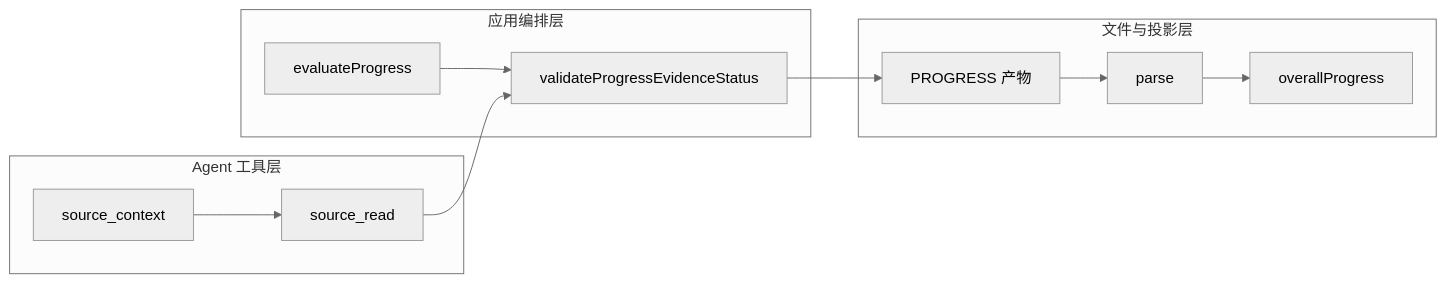
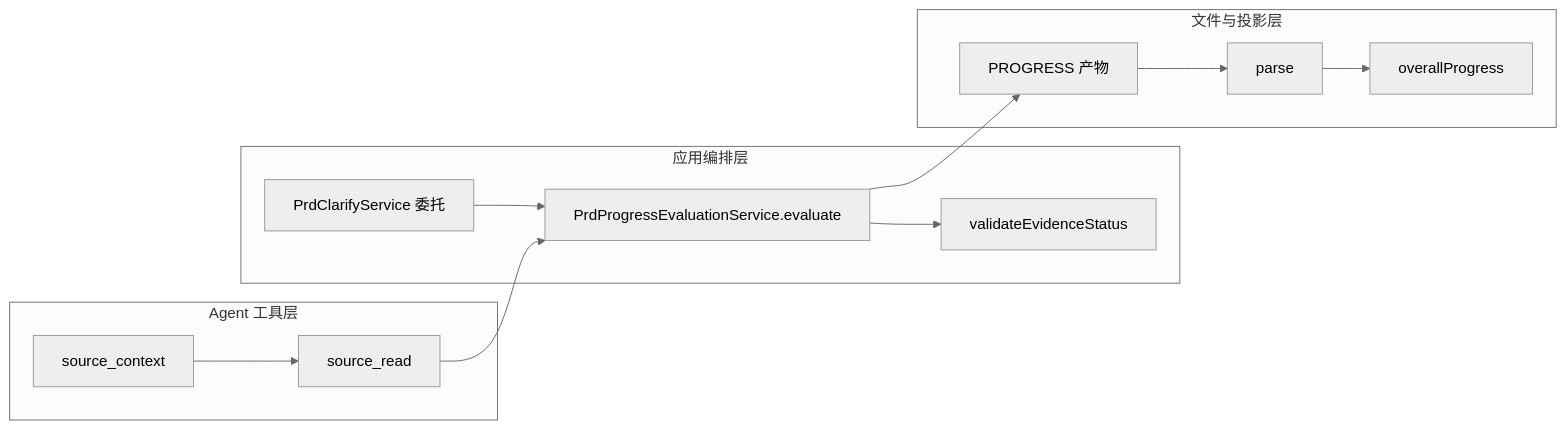
The fourth of 5 diagrams in docs/orientation/Delivery证据链/Delivery证据链-现状梳理.md (exception-coder/kai-toolbox), drawn with Mermaid (neutral theme) before and after one commit. The commit also changed other lines of this file and 7 other files, not shown here.

First line of the commit message:
refactor(prd-clarify): 拆分进度评估服务职责

````diff
--- a/docs/orientation/Delivery证据链/Delivery证据链-现状梳理.md
+++ b/docs/orientation/Delivery证据链/Delivery证据链-现状梳理.md
@@ -101,14 +105,15 @@
 ```mermaid
 flowchart LR
     subgraph AgentLane["Agent 工具层"]
         A1["source_context"] --> A2["source_read"]
     end
     subgraph ApplicationLane["应用编排层"]
-        S1["evaluateProgress"] --> S2["validateProgressEvidenceStatus"]
+        S1["PrdClarifyService 委托"] --> S2["PrdProgressEvaluationService.evaluate"]
+        S2 --> S3["validateEvidenceStatus"]
     end
     subgraph DataLane["文件与投影层"]
         D1["PROGRESS 产物"] --> D2["parse"] --> D3["overallProgress"]
     end
     A2 --> S2
     S2 --> D1
 ```
````
